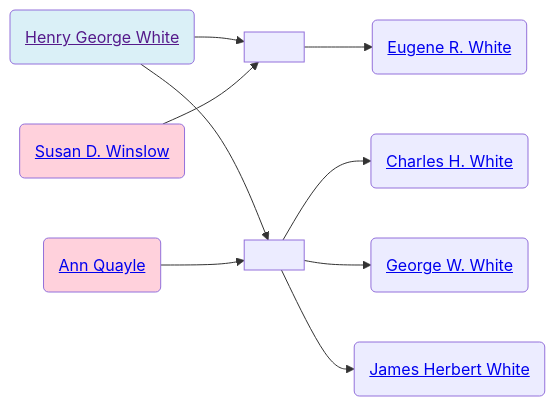
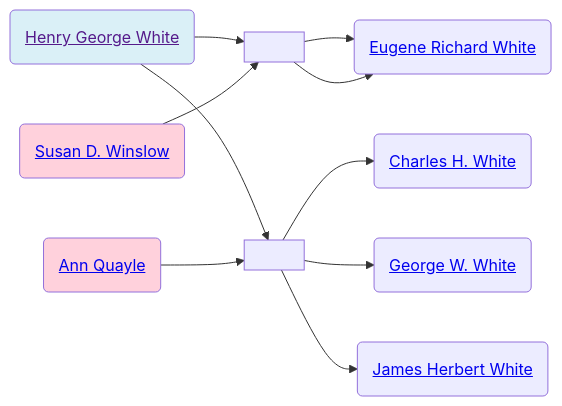
The diagram in familyhistory/sources/people/Merrill-line/White-line/Henry_George_White.qmd (neelsmith/avocational), drawn with Mermaid before and after one commit. The commit also changed other lines of this file and 46 other files, not shown here.

````diff
--- a/familyhistory/sources/people/Merrill-line/White-line/Henry_George_White.qmd
+++ b/familyhistory/sources/people/Merrill-line/White-line/Henry_George_White.qmd
@@ -35,26 +37,29 @@
 ```{mermaid}
 graph LR
 %% LR descendant diagram
 class Henry_George_White_and_Susan_D._Winslow marriage
 Henry_George_White(<a href=''>Henry George White</>) --> Henry_George_White_and_Susan_D._Winslow[ ]
 Susan_D._Winslow(<a href='./Susan_D._Winslow.html'>Susan D. Winslow</>) --> Henry_George_White_and_Susan_D._Winslow(( ))
 class Henry_George_White father
 class Susan_D._Winslow mother
-Henry_George_White_and_Susan_D._Winslow[ ] --> Eugene_R._White(<a href='./Eugene_R._White.html'>Eugene R. White</>)
+Henry_George_White_and_Susan_D._Winslow[ ] --> Eugene_Richard_White(<a href='./Eugene_Richard_White.html'>Eugene Richard White</>)
+class Henry_George_White father
+class Susan_D._Winslow mother
+Henry_George_White_and_Susan_D._Winslow[ ] --> Eugene_Richard_White(<a href='./Eugene_Richard_White.html'>Eugene Richard White</>)
 class Henry_George_White_and_Ann_Quayle marriage
 Henry_George_White(<a href=''>Henry George White</>) --> Henry_George_White_and_Ann_Quayle[ ]
 Ann_Quayle(<a href='./Ann_Quayle.html'>Ann Quayle</>) --> Henry_George_White_and_Ann_Quayle(( ))
 class Henry_George_White father
 class Ann_Quayle mother
 Henry_George_White_and_Ann_Quayle[ ] --> Charles_H._White(<a href='./Charles_H._White.html'>Charles H. White</>)
 class Henry_George_White father
 class Ann_Quayle mother
 Henry_George_White_and_Ann_Quayle[ ] --> George_W._White(<a href='./George_W._White.html'>George W. White</>)
 class Henry_George_White father
 class Ann_Quayle mother
 Henry_George_White_and_Ann_Quayle[ ] --> James_Herbert_White(<a href='./James_Herbert_White.html'>James Herbert White</>)
 classDef mother fill:#ffd1dc
 classDef father fill:#daf0f7  
 classDef marriage fill:#ffffff
 
 ```
````
